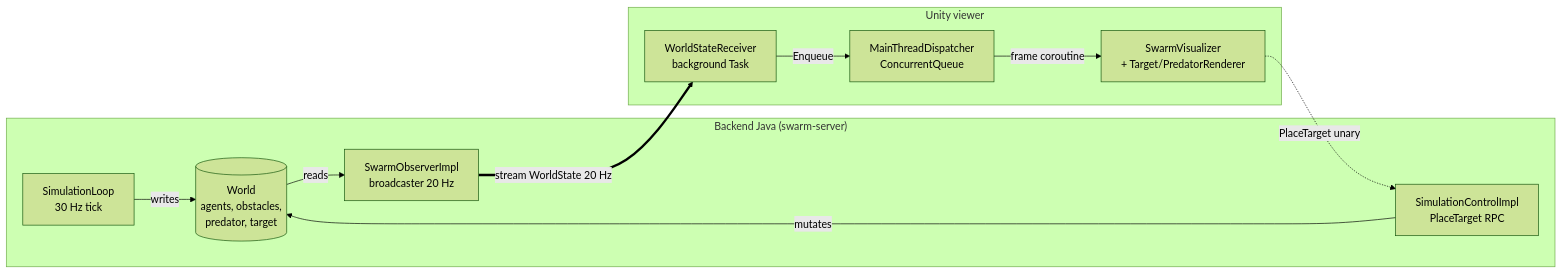
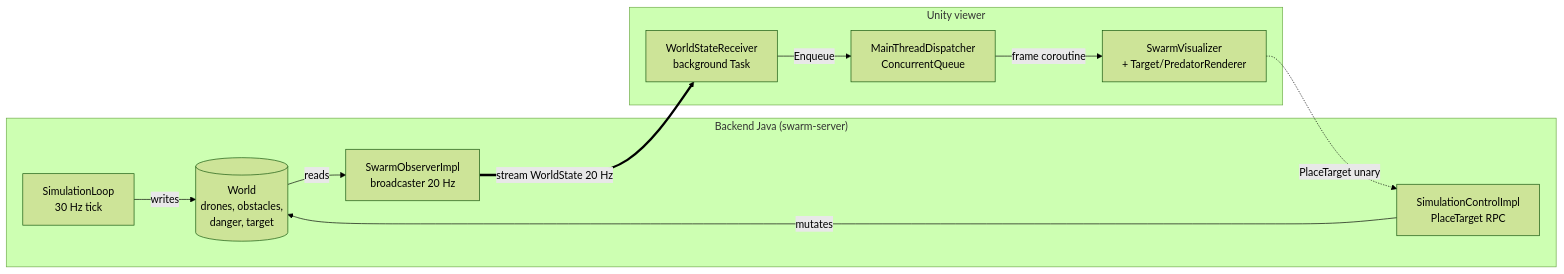
Before and after one commit to gakkel-labs/swarm-simulator: the diagram in README.md, drawn with Mermaid (forest theme). The commit also changed other lines of this file and 8 other files, not shown here.

````diff
--- a/README.md
+++ b/README.md
@@ -148,23 +151,23 @@
 ```mermaid
 flowchart LR
     subgraph Backend["Backend Java (swarm-server)"]
         SIM[SimulationLoop<br/>30 Hz tick]
-        WORLD[(World<br/>agents, obstacles,<br/>predator, target)]
+        WORLD[(World<br/>drones, obstacles,<br/>danger, target)]
         BCAST[SwarmObserverImpl<br/>broadcaster 20 Hz]
         CTRL[SimulationControlImpl<br/>PlaceTarget RPC]
         SIM -->|writes| WORLD
         WORLD -->|reads| BCAST
         CTRL -->|mutates| WORLD
     end
 
     subgraph Unity["Unity viewer"]
         RECV[WorldStateReceiver<br/>background Task]
         DISP[MainThreadDispatcher<br/>ConcurrentQueue]
         VIZ[SwarmVisualizer<br/>+ Target/PredatorRenderer]
         RECV -->|Enqueue| DISP
         DISP -->|frame coroutine| VIZ
     end
 
     BCAST ==>|stream WorldState 20 Hz| RECV
     VIZ -.->|PlaceTarget unary| CTRL
 ```
````
